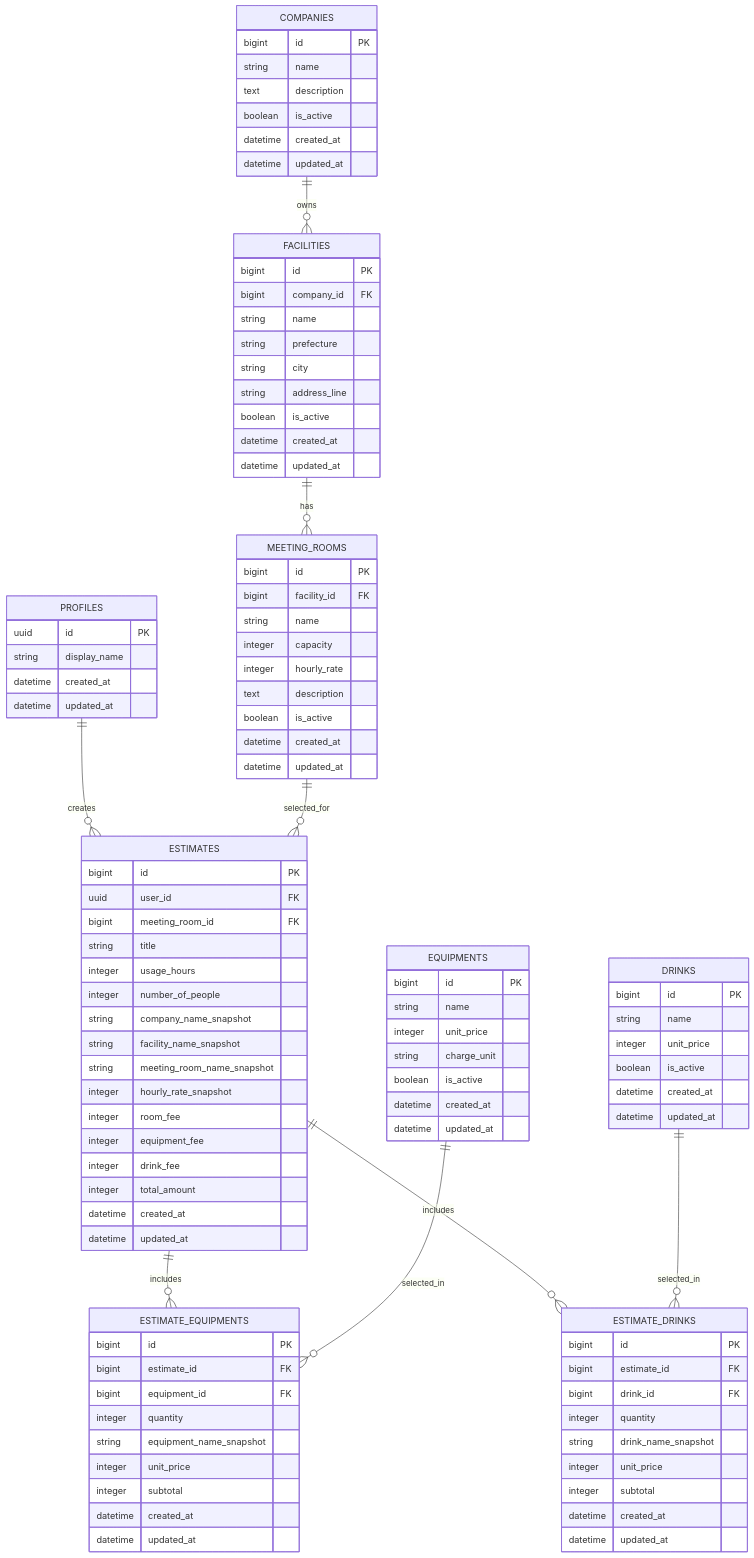
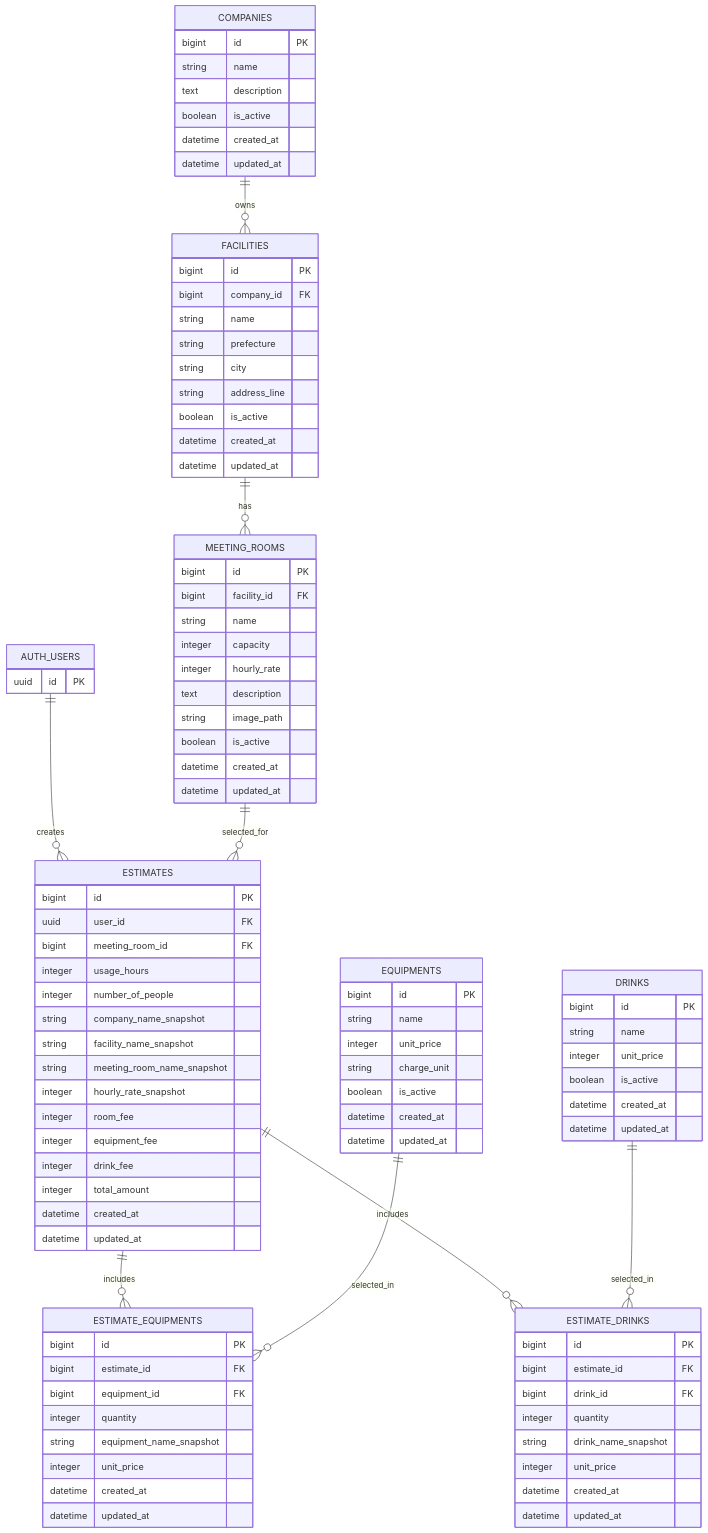
Before and after one commit to hiro9791777/meeting-room-estimator: the diagram in doc/er_diagram.md, drawn with Mermaid. The commit also changed other lines of this file, not shown here.

```diff
--- a/doc/er_diagram.md
+++ b/doc/er_diagram.md
@@ -43,18 +44,15 @@
 erDiagram
     COMPANIES ||--o{ FACILITIES : owns
     FACILITIES ||--o{ MEETING_ROOMS : has
-    PROFILES ||--o{ ESTIMATES : creates
+    AUTH_USERS ||--o{ ESTIMATES : creates
     MEETING_ROOMS ||--o{ ESTIMATES : selected_for
     ESTIMATES ||--o{ ESTIMATE_EQUIPMENTS : includes
     EQUIPMENTS ||--o{ ESTIMATE_EQUIPMENTS : selected_in
     ESTIMATES ||--o{ ESTIMATE_DRINKS : includes
     DRINKS ||--o{ ESTIMATE_DRINKS : selected_in
 
-    PROFILES {
+    AUTH_USERS {
         uuid id PK
-        string display_name
-        datetime created_at
-        datetime updated_at
     }
 
     COMPANIES {
@@ -85,6 +83,7 @@
         integer capacity
         integer hourly_rate
         text description
+        string image_path
         boolean is_active
         datetime created_at
         datetime updated_at
@@ -113,7 +112,6 @@
         bigint id PK
         uuid user_id FK
         bigint meeting_room_id FK
-        string title
         integer usage_hours
         integer number_of_people
         string company_name_snapshot
@@ -135,7 +133,6 @@
         integer quantity
         string equipment_name_snapshot
         integer unit_price
-        integer subtotal
         datetime created_at
         datetime updated_at
     }
@@ -147,7 +144,6 @@
         integer quantity
         string drink_name_snapshot
         integer unit_price
-        integer subtotal
         datetime created_at
         datetime updated_at
     }
```
